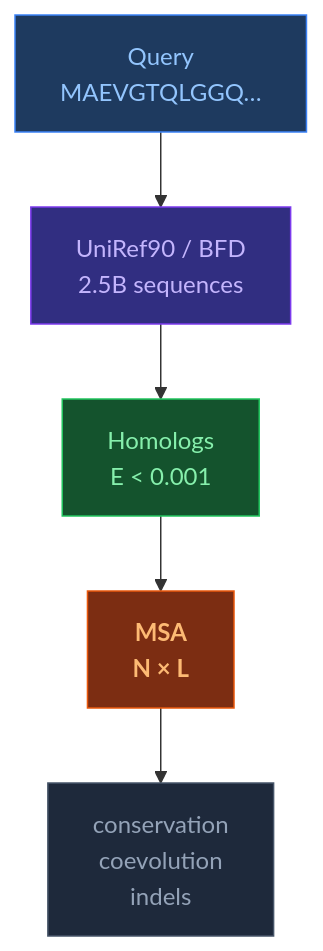
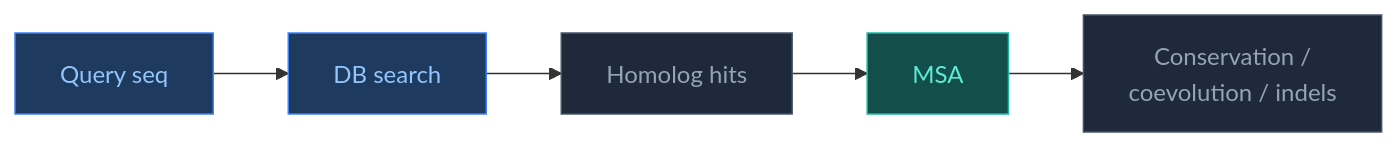
One commit to OlehVolkov/AlphaFold3-AIGen-KnowledgeBase changed the first of 2 diagrams in EN/2. Concepts/2.3. Structural-Bioinformatics/2.3.4. MSA.md. Above: the diagram before and after it, drawn with Mermaid. The commit also changed other lines of this file and 33 other files, not shown here.

Commit message:
Linting and fixes in diagrams

````diff
--- a/EN/2. Concepts/2.3. Structural-Bioinformatics/2.3.4. MSA.md
+++ b/EN/2. Concepts/2.3. Structural-Bioinformatics/2.3.4. MSA.md
@@ -17,16 +17,17 @@
 ```mermaid
-flowchart TD
-    QRY["Query<br/>MAEVGTQLGGQ…"]:::query
-    DB["UniRef90 / BFD<br/>2.5B sequences"]:::db
-    HITS["Homologs<br/>E &lt; 0.001"]:::hits
-    MSA["MSA<br/>N × L"]:::msa
-    INFO["conservation<br/>coevolution<br/>indels"]:::info
+flowchart LR
+    QRY["Query seq"]:::input
+    DB["DB search"]:::input
+    HITS["Homolog hits"]:::neutral
+    MSA["MSA"]:::output
+    INFO["Conservation /<br/>coevolution / indels"]:::neutral
 
     QRY --> DB --> HITS --> MSA --> INFO
 
-    classDef query fill:#1e3a5f,stroke:#3b82f6,color:#93c5fd
-    classDef db    fill:#312e81,stroke:#7c3aed,color:#c4b5fd
-    classDef hits  fill:#14532d,stroke:#22c55e,color:#86efac
-    classDef msa   fill:#7c2d12,stroke:#ea580c,color:#fdba74,font-weight:bold
-    classDef info  fill:#1e293b,stroke:#475569,color:#94a3b8
+    classDef input fill:#1e3a5f,stroke:#3b82f6,color:#93c5fd
+    classDef trunk fill:#312e81,stroke:#7c3aed,color:#c4b5fd
+    classDef diffusion fill:#14532d,stroke:#22c55e,color:#86efac
+    classDef confidence fill:#7c2d12,stroke:#ea580c,color:#fdba74
+    classDef output fill:#134e4a,stroke:#14b8a6,color:#5eead4
+    classDef neutral fill:#1e293b,stroke:#475569,color:#94a3b8
 ```
````
